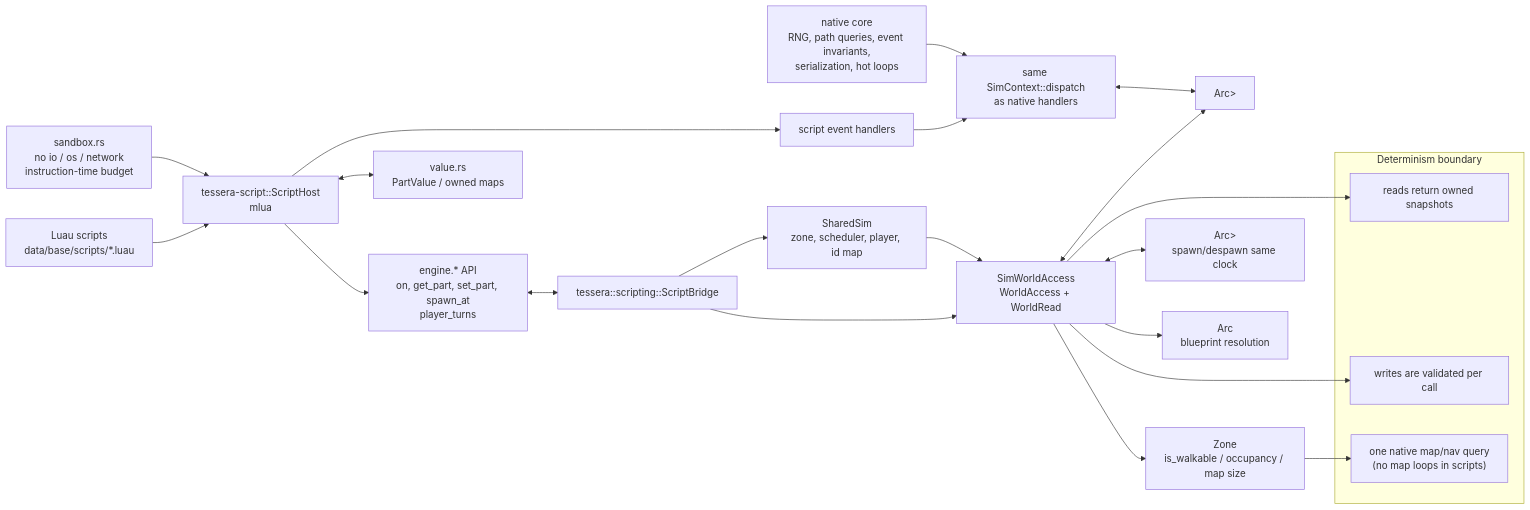
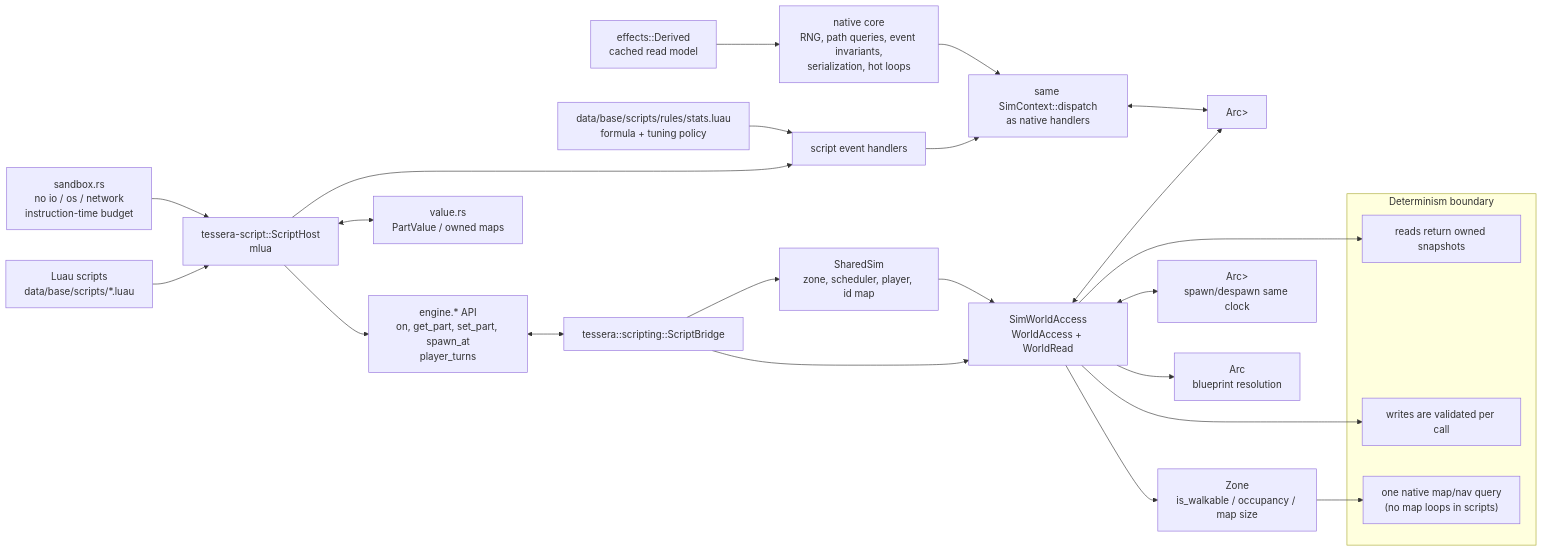
The diagram in docs/design/script-bridge.md (jffjs-hermes/tessera), drawn with Mermaid before and after one commit. The commit also changed other lines of this file and 8 other files, not shown here.

Commit message:
docs: close S1 and refresh design diagrams

````diff
--- a/docs/design/script-bridge.md
+++ b/docs/design/script-bridge.md
@@ -5,29 +5,31 @@
 ```mermaid
 flowchart LR
     Luau["Luau scripts\ndata/base/scripts/*.luau"] --> Host["tessera-script::ScriptHost\nmlua"]
     Sandbox["sandbox.rs\nno io / os / network\ninstruction-time budget"] --> Host
     Host --> Engine["engine.* API\non, get_part, set_part, spawn_at\nplayer_turns"]
     Host <--> Values["value.rs\nPartValue / owned maps"]
     Engine <--> Bridge["tessera::scripting::ScriptBridge"]
     Bridge --> Access["SimWorldAccess\nWorldAccess + WorldRead"]
     Access <--> Broker["Arc<RwLock<EntityBroker>>"]
     Access --> Zone["Zone\nis_walkable / occupancy / map size"]
     Access <--> Scheduler["Arc<Mutex<Scheduler>>\nspawn/despawn same clock"]
     Access --> World["Arc<World>\nblueprint resolution"]
     Bridge --> Shared["SharedSim\nzone, scheduler, player, id map"]
     Shared --> Access
     Host --> Handlers["script event handlers"]
     Handlers --> Bus["same SimContext::dispatch\nas native handlers"]
+    Rules["data/base/scripts/rules/stats.luau\nformula + tuning policy"] --> Handlers
     Bus <--> Broker
     Native["native core\nRNG, path queries, event invariants,
 serialization, hot loops"] --> Bus
+    Cache["effects::Derived\ncached read model"] --> Native
 
     subgraph Boundary[Determinism boundary]
         Read["reads return owned snapshots"]
         Write["writes are validated per call"]
         OneCall["one native map/nav query\n(no map loops in scripts)"]
     end
     Access --> Read
     Access --> Write
     Zone --> OneCall
 ```
````
